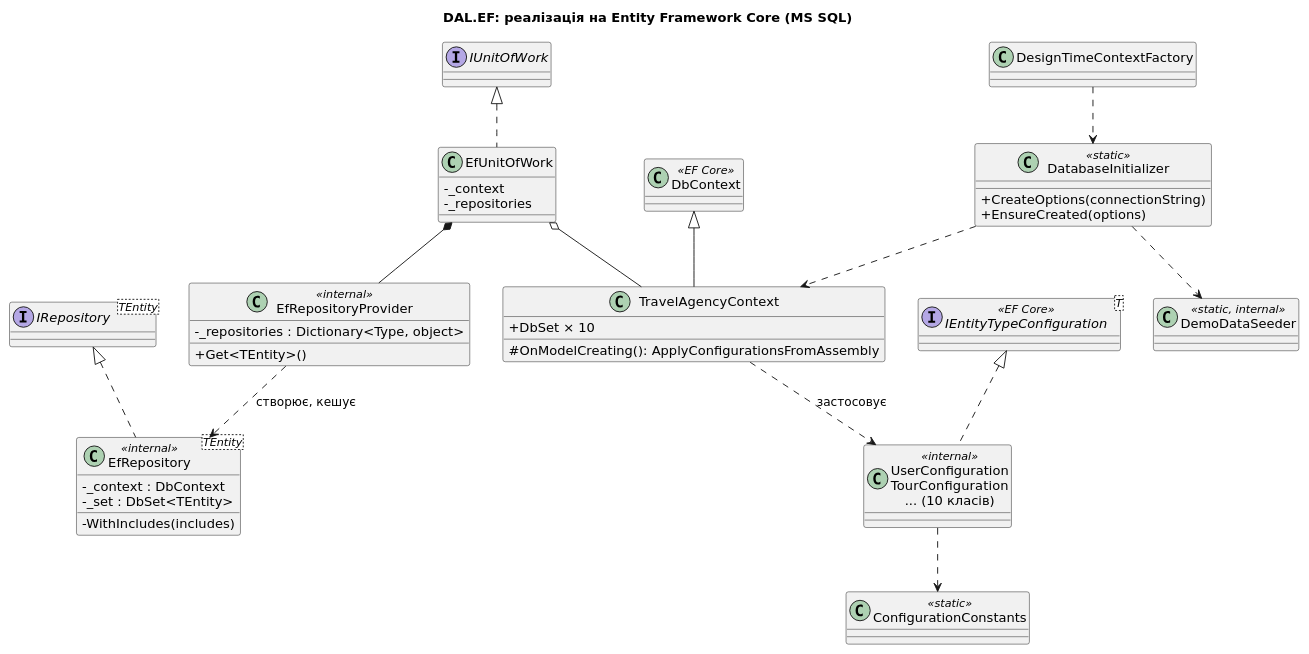
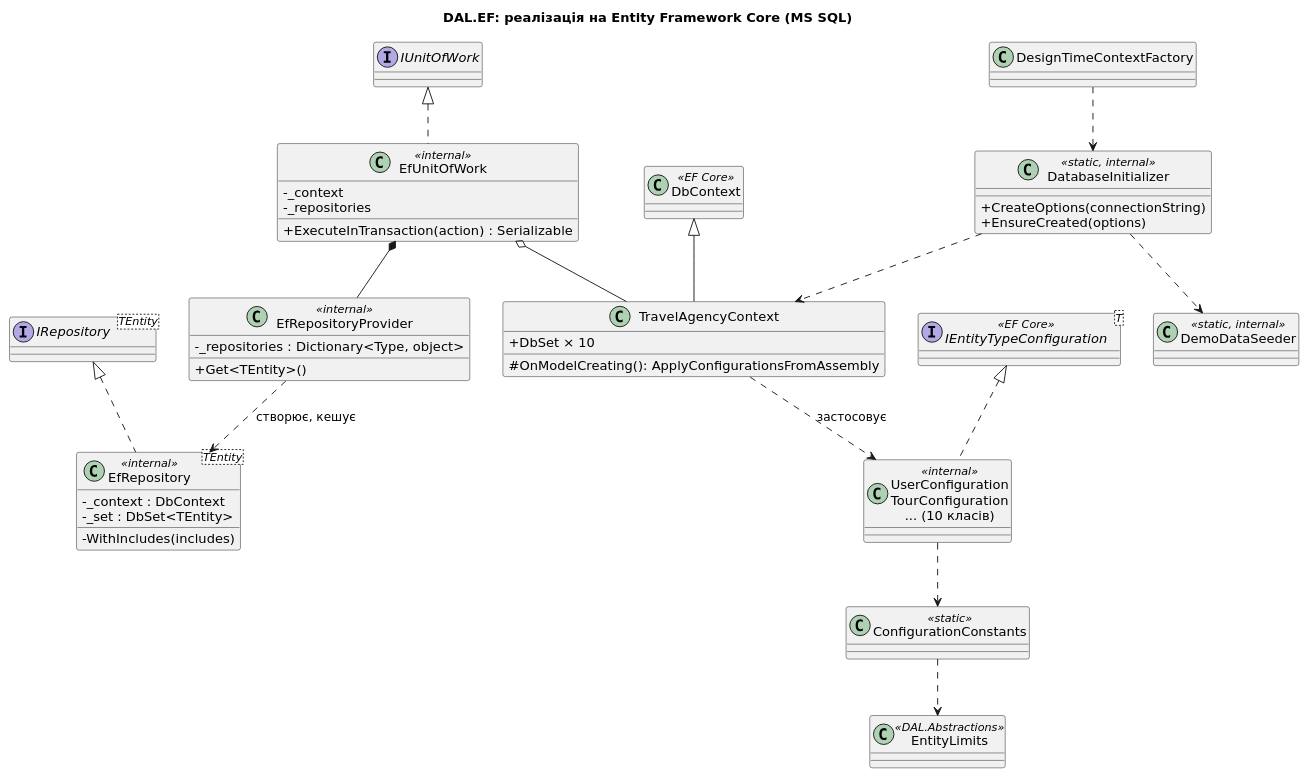
Before and after one commit to 01eksandr0/Bz-121-24-1-PI-2-backend: the diagram in docs/uml/04-dal-ef.puml, drawn with PlantUML. The commit also changed 10 other files, not shown here.

Commit message:
TA-19: update README, UML sources, backlog and CLAUDE.md after review fixes

```diff
--- a/docs/uml/04-dal-ef.puml
+++ b/docs/uml/04-dal-ef.puml
@@ -1,48 +1,51 @@
 @startuml
 skinparam defaultFontName DejaVu Sans
 skinparam shadowing false
 skinparam classAttributeIconSize 0
 skinparam packageStyle rectangle
 title DAL.EF: реалізація на Entity Framework Core (MS SQL)
 interface "IRepository<TEntity>" as IR
 interface IUnitOfWork
 class DbContext <<EF Core>>
 class TravelAgencyContext {
   + DbSet × 10
   # OnModelCreating(): ApplyConfigurationsFromAssembly
 }
 class "EfRepository<TEntity>" as R <<internal>> {
   - _context : DbContext
   - _set : DbSet<TEntity>
   - WithIncludes(includes)
 }
 class EfRepositoryProvider <<internal>> {
   - _repositories : Dictionary<Type, object>
   + Get<TEntity>()
 }
-class EfUnitOfWork {
+class EfUnitOfWork <<internal>> {
   - _context
   - _repositories
+  + ExecuteInTransaction(action) : Serializable
 }
 interface "IEntityTypeConfiguration<T>" as CFG <<EF Core>>
 class "UserConfiguration\nTourConfiguration\n... (10 класів)" as Cfgs <<internal>>
 class ConfigurationConstants <<static>>
-class DatabaseInitializer <<static>> {
+class EntityLimits <<DAL.Abstractions>>
+class DatabaseInitializer <<static, internal>> {
   + CreateOptions(connectionString)
   + EnsureCreated(options)
 }
 class DemoDataSeeder <<static, internal>>
 class DesignTimeContextFactory
 DbContext <|-- TravelAgencyContext
 IR <|.. R
 IUnitOfWork <|.. EfUnitOfWork
 EfUnitOfWork *-- EfRepositoryProvider
 EfUnitOfWork o-- TravelAgencyContext
 EfRepositoryProvider ..> R : створює, кешує
 CFG <|.. Cfgs
 TravelAgencyContext ..> Cfgs : застосовує
 Cfgs ..> ConfigurationConstants
+ConfigurationConstants ..> EntityLimits
 DatabaseInitializer ..> DemoDataSeeder
 DatabaseInitializer ..> TravelAgencyContext
 DesignTimeContextFactory ..> DatabaseInitializer
 @enduml
```
